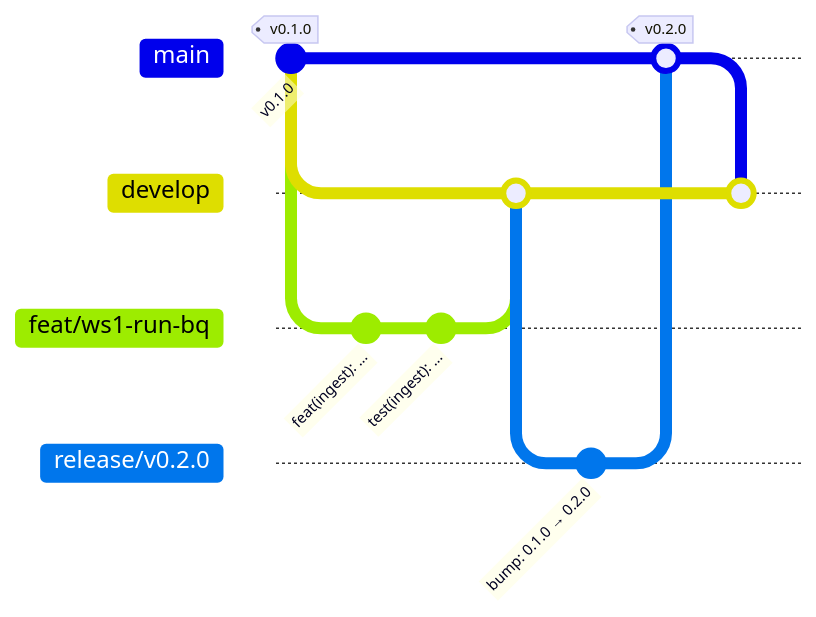
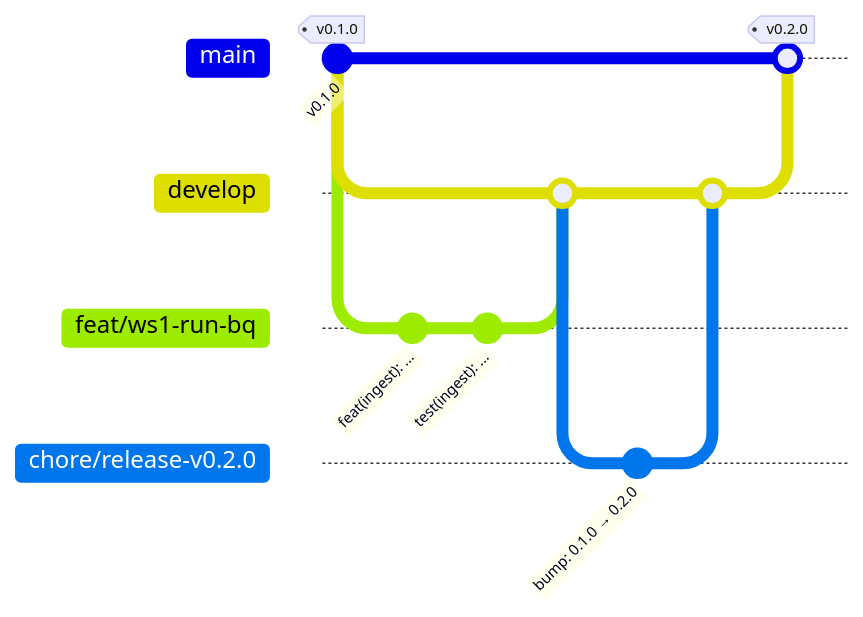
The diagram in docs/development/git-workflow.md (LEONOB2014/Blinky), drawn with Mermaid before and after one commit. The commit also changed other lines of this file and 5 other files, not shown here.

````diff
--- a/docs/development/git-workflow.md
+++ b/docs/development/git-workflow.md
@@ -7,17 +7,17 @@
 ```mermaid
 gitGraph
   commit id: "v0.1.0" tag: "v0.1.0"
   branch develop
   checkout develop
   branch feat/ws1-run-bq
   commit id: "feat(ingest): ..."
   commit id: "test(ingest): ..."
   checkout develop
   merge feat/ws1-run-bq
-  branch release/v0.2.0
+  branch chore/release-v0.2.0
   commit id: "bump: 0.1.0 → 0.2.0"
+  checkout develop
+  merge chore/release-v0.2.0
   checkout main
-  merge release/v0.2.0 tag: "v0.2.0"
-  checkout develop
-  merge main
+  merge develop tag: "v0.2.0"
 ```
````
